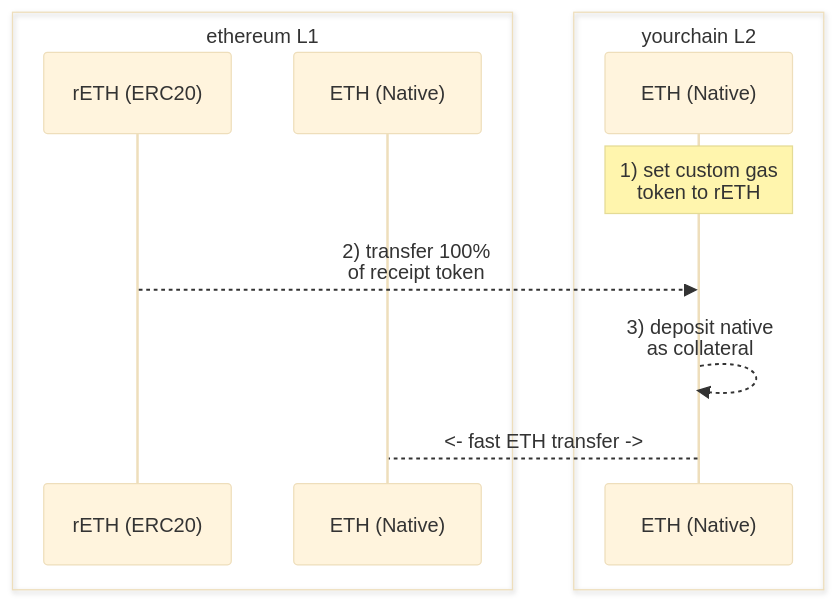
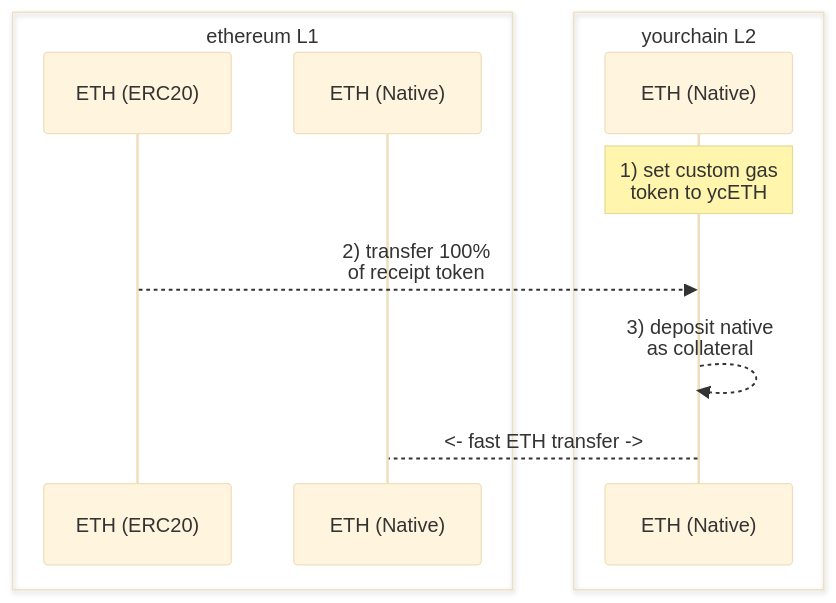
The diagram in docs/protocol/warp-routes/warp-routes-custom-gas-fast-native.mdx (hyperlane-xyz/v3-docs), drawn with Mermaid (base theme) before and after one commit. The commit also changed other lines of this file and 2 other files, not shown here.

````diff
--- a/docs/protocol/warp-routes/warp-routes-custom-gas-fast-native.mdx
+++ b/docs/protocol/warp-routes/warp-routes-custom-gas-fast-native.mdx
@@ -74,15 +107,15 @@
 ```mermaid
 sequenceDiagram
 		box ethereum L1
-	    participant rETH as rETH (ERC20)
+	    participant ycETH as ETH (ERC20)
 			participant ETH as ETH (Native)
     end
 		box yourchain L2
 	    participant yETH as ETH (Native)
     end
 
-    Note over yETH: 1) set custom gas<br>token to rETH
-    rETH-->>yETH: 2) transfer 100%<br>of receipt token
+    Note over yETH: 1) set custom gas<br>token to ycETH
+    ycETH-->>yETH: 2) transfer 100%<br>of receipt token
     yETH-->>yETH: 3) deposit native<br>as collateral
     yETH-->ETH: <- fast ETH transfer ->
 ```
````
